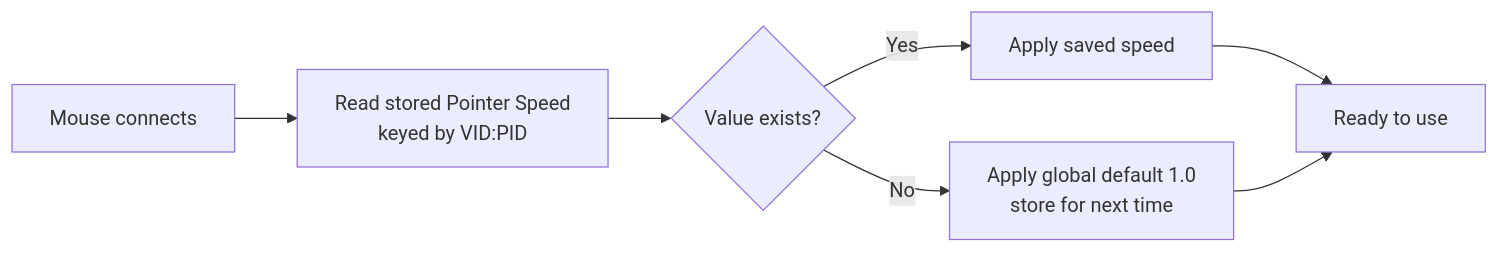
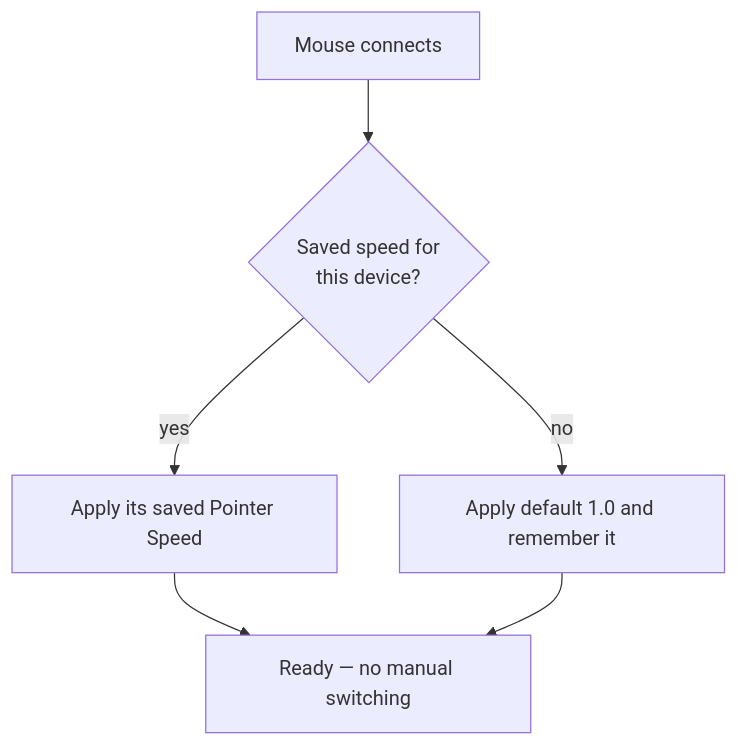
One commit to xiaopozhu/linguax-web changed the diagram in docs/mouse-plus/fundamentals/pointer-speed.md. Above: the diagram before and after it, drawn with Mermaid. The commit also changed 18 other files, not shown here.

First line of the commit message:
docs(polish): fix cramped LR diagrams, redesign model SVGs, full recognition table, navbar links

````diff
--- a/docs/mouse-plus/fundamentals/pointer-speed.md
+++ b/docs/mouse-plus/fundamentals/pointer-speed.md
@@ -23,9 +23,8 @@
 ```mermaid
-flowchart LR
-    C[Mouse connects] --> R[Read stored Pointer Speed<br/>keyed by VID:PID]
-    R --> E{Value exists?}
-    E -- Yes --> A[Apply saved speed]
-    E -- No --> D[Apply global default 1.0<br/>store for next time]
-    A --> W[Ready to use]
+flowchart TD
+    C[Mouse connects] --> E{Saved speed for<br/>this device?}
+    E -- yes --> A[Apply its saved Pointer Speed]
+    E -- no --> D[Apply default 1.0 and remember it]
+    A --> W[Ready — no manual switching]
     D --> W
 ```
````
